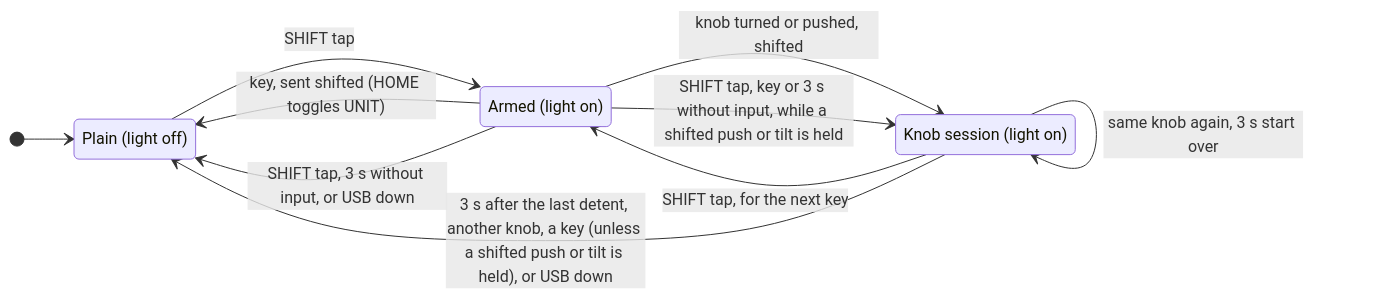
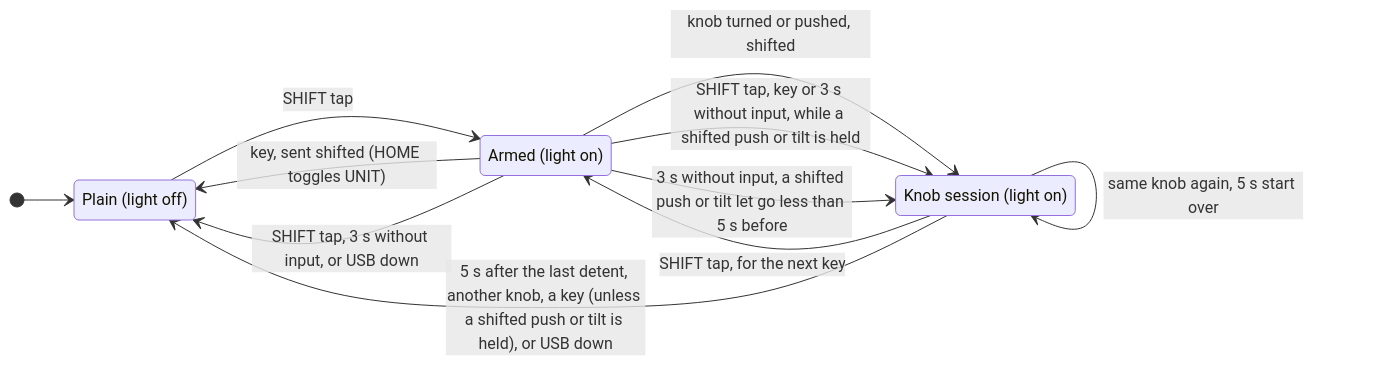
The second of 2 diagrams in docs/architecture/firmware.md (saschagrunert/avionics-panel), drawn with Mermaid before and after one commit. The commit also changed other lines of this file and 5 other files, not shown here.

First line of the commit message:
Keep a shifted knob's session 5 s, a SHIFT tap 3 s

````diff
--- a/docs/architecture/firmware.md
+++ b/docs/architecture/firmware.md
@@ -74,16 +74,17 @@
 ```mermaid
 stateDiagram-v2
   direction LR
   state "Plain (light off)" as Plain
   state "Armed (light on)" as Armed
   state "Knob session (light on)" as Knob
   [*] --> Plain
   Plain --> Armed: SHIFT tap
   Armed --> Plain: key, sent shifted (HOME toggles UNIT)
   Armed --> Plain: SHIFT tap, 3 s without input, or USB down
   Armed --> Knob: knob turned or pushed, shifted
   Armed --> Knob: SHIFT tap, key or 3 s without input, while a shifted push or tilt is held
-  Knob --> Knob: same knob again, 3 s start over
+  Armed --> Knob: 3 s without input, a shifted push or tilt let go less than 5 s before
+  Knob --> Knob: same knob again, 5 s start over
   Knob --> Armed: SHIFT tap, for the next key
-  Knob --> Plain: 3 s after the last detent, another knob, a key (unless a shifted push or tilt is held), or USB down
+  Knob --> Plain: 5 s after the last detent, another knob, a key (unless a shifted push or tilt is held), or USB down
 ```
````
